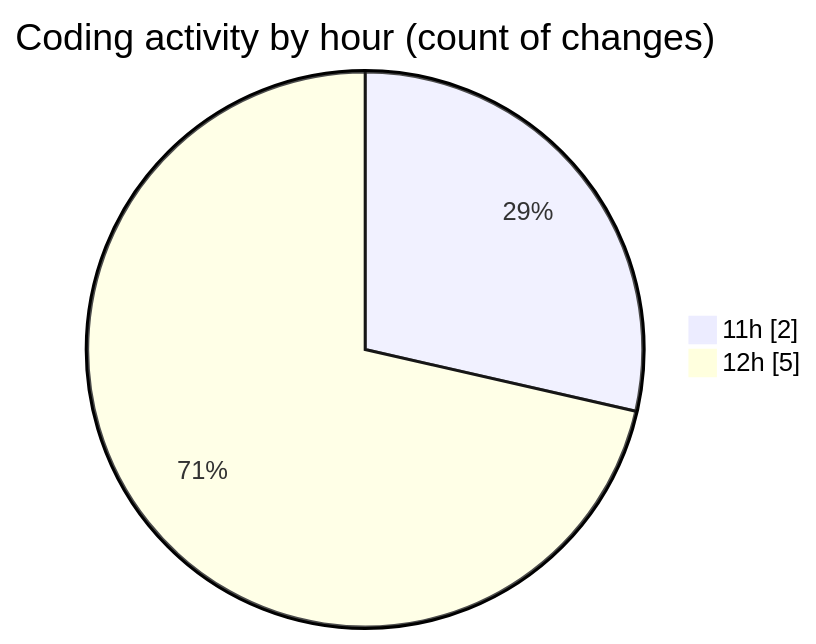
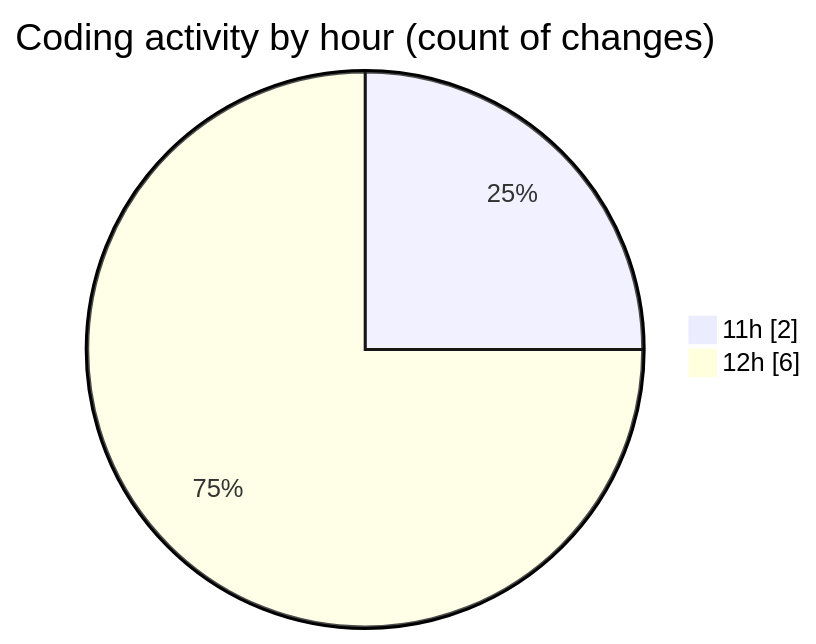
One commit to NitaiMahat/code-tracking changed the second of 2 diagrams in 2025-02-12/oopstartfiles/README.md. Above: the diagram before and after it, drawn with Mermaid. The commit also changed other lines of this file and 1 other file, not shown here.

````diff
--- a/2025-02-12/oopstartfiles/README.md
+++ b/2025-02-12/oopstartfiles/README.md
@@ -29,6 +29,6 @@
 ```mermaid
 pie showData
 title Coding activity by hour (count of changes)
 "11h" : 2
-"12h" : 5
+"12h" : 6
 ```
````
